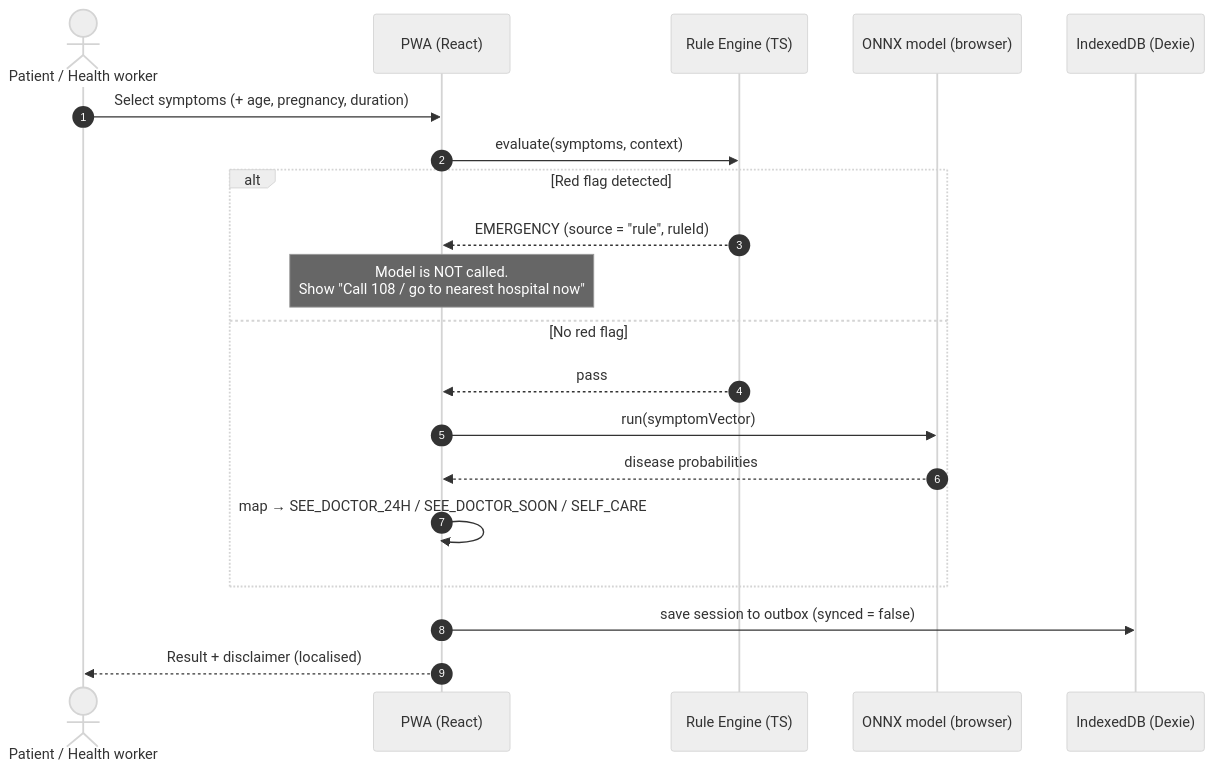
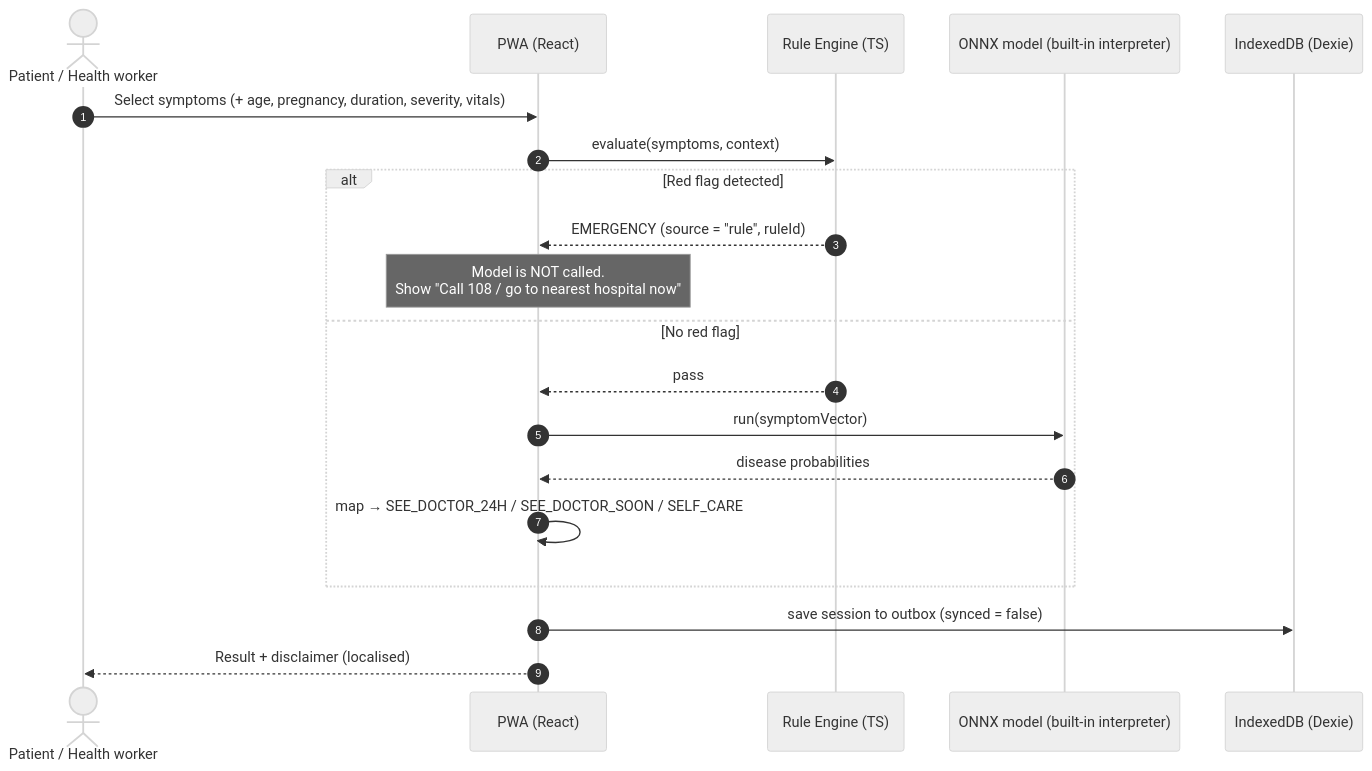
One commit to Abhinav-0511/RuralCare changed the second of 4 diagrams in docs/ARCHITECTURE.md. Above: the diagram before and after it, drawn with Mermaid (neutral theme). The commit also changed other lines of this file and 93 other files, not shown here.

````diff
--- a/docs/ARCHITECTURE.md
+++ b/docs/ARCHITECTURE.md
@@ -57,23 +58,23 @@
 ```mermaid
 sequenceDiagram
     autonumber
     actor P as Patient / Health worker
     participant UI as PWA (React)
     participant RE as Rule Engine (TS)
-    participant M as ONNX model (browser)
+    participant M as ONNX model (built-in interpreter)
     participant DB as IndexedDB (Dexie)
 
-    P->>UI: Select symptoms (+ age, pregnancy, duration)
+    P->>UI: Select symptoms (+ age, pregnancy, duration, severity, vitals)
     UI->>RE: evaluate(symptoms, context)
     alt Red flag detected
         RE-->>UI: EMERGENCY (source = "rule", ruleId)
         Note over UI: Model is NOT called.<br/>Show "Call 108 / go to nearest hospital now"
     else No red flag
         RE-->>UI: pass
         UI->>M: run(symptomVector)
         M-->>UI: disease probabilities
         UI->>UI: map → SEE_DOCTOR_24H / SEE_DOCTOR_SOON / SELF_CARE
     end
     UI->>DB: save session to outbox (synced = false)
     UI-->>P: Result + disclaimer (localised)
 ```
````
